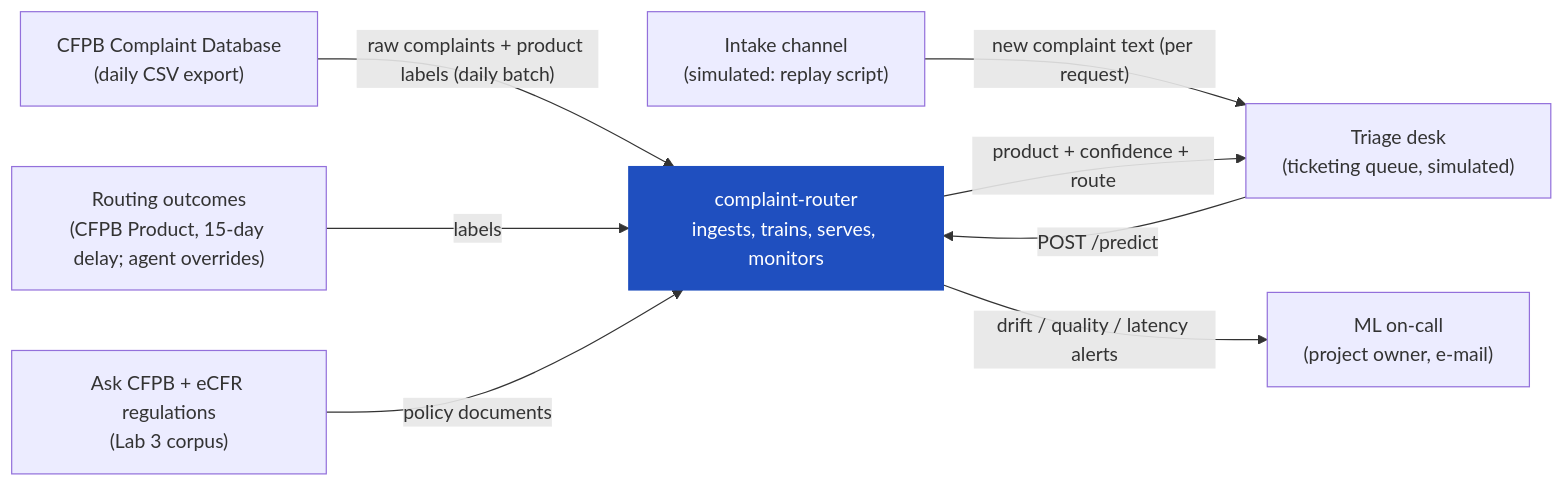
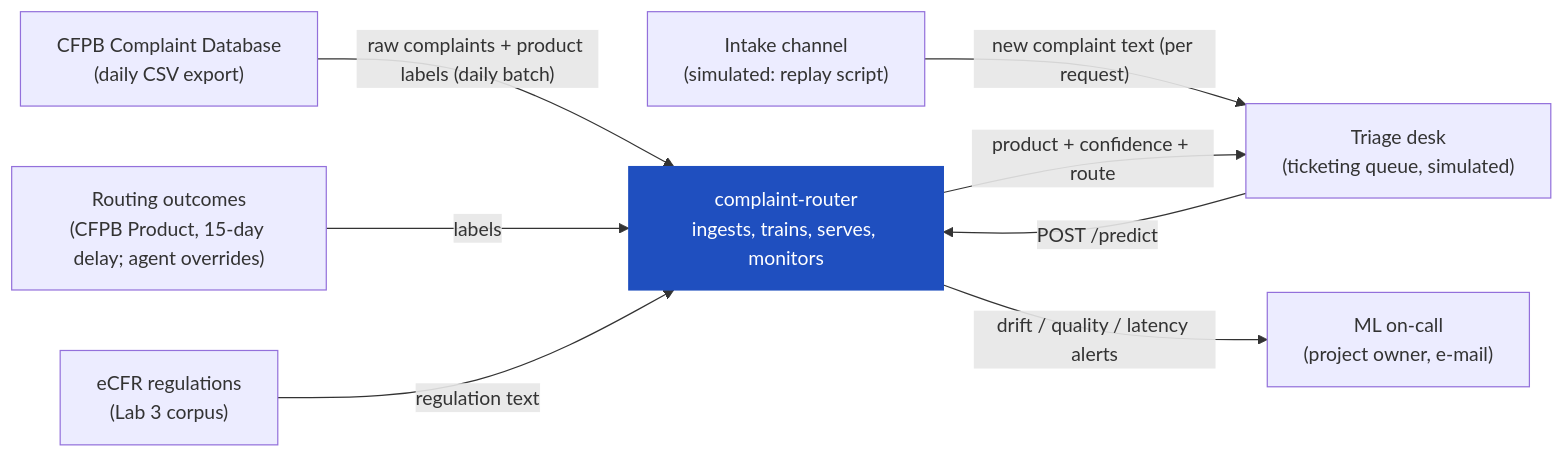
Before and after one commit to goodfrog33/kse-mlops-complaint-router: the first of 8 diagrams in docs/design.md, drawn with Mermaid. The commit also changed other lines of this file and 2 other files, not shown here.

First line of the commit message:
Lab 3: README, design document and defense notes with measured results

````diff
--- a/docs/design.md
+++ b/docs/design.md
@@ -237,15 +271,15 @@
 ```mermaid
 flowchart LR
     CCDB["CFPB Complaint Database<br/>(daily CSV export)"] -- "raw complaints + product labels (daily batch)" --> SYS
     INTAKE["Intake channel<br/>(simulated: replay script)"] -- "new complaint text (per request)" --> TRIAGE
     TRIAGE["Triage desk<br/>(ticketing queue, simulated)"] -- "POST /predict" --> SYS
     SYS -- "product + confidence + route" --> TRIAGE
     LABELS["Routing outcomes<br/>(CFPB Product, 15-day delay; agent overrides)"] -- "labels" --> SYS
-    CORPUS["Ask CFPB + eCFR regulations<br/>(Lab 3 corpus)"] -- "policy documents" --> SYS
+    CORPUS["eCFR regulations<br/>(Lab 3 corpus)"] -- "regulation text" --> SYS
     SYS -- "drift / quality / latency alerts" --> ONCALL["ML on-call<br/>(project owner, e-mail)"]
 
     SYS["complaint-router<br/>ingests, trains, serves, monitors"]
 
     classDef sys fill:#1f4fbf,color:#fff,stroke:#1f4fbf;
     class SYS sys;
 ```
````
